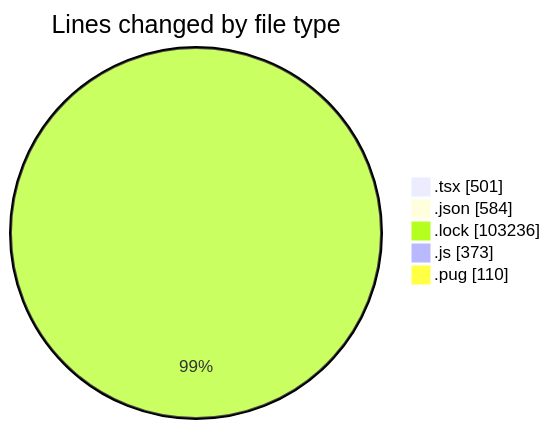
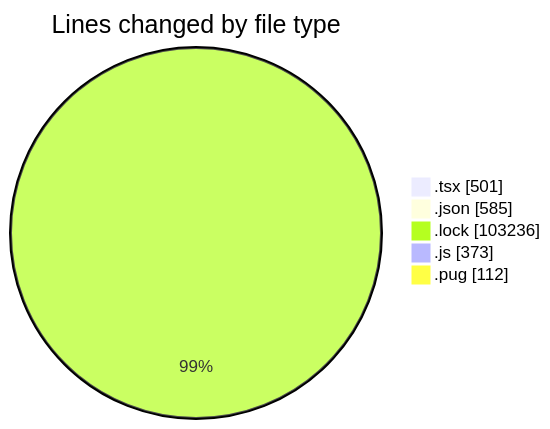
One commit to momahboobian/code-tracking changed the first of 2 diagrams in 2025-03-10/cda/README.md. Above: the diagram before and after it, drawn with Mermaid. The commit also changed other lines of this file and 1 other file, not shown here.

````diff
--- a/2025-03-10/cda/README.md
+++ b/2025-03-10/cda/README.md
@@ -45,9 +45,9 @@
 ```mermaid
 pie showData
 title Lines changed by file type
 ".tsx" : 501
-".json" : 584
+".json" : 585
 ".lock" : 103236
 ".js" : 373
-".pug" : 110
+".pug" : 112
 ```
````
